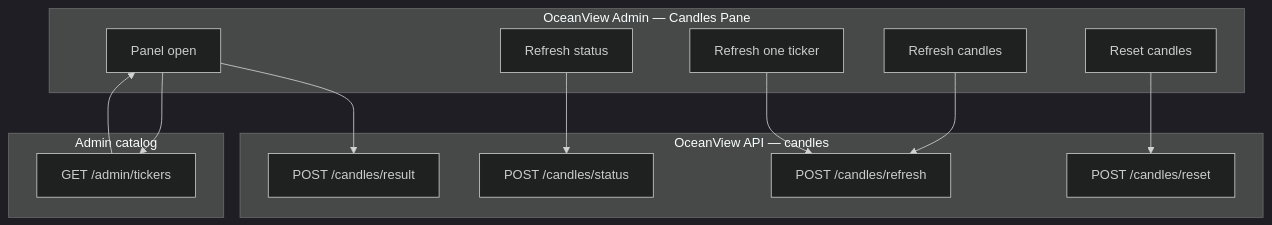
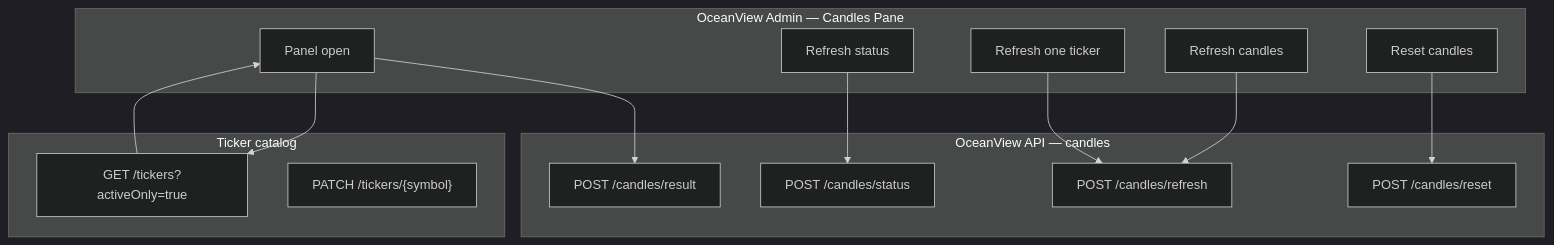
The first of 4 diagrams in docs/candles-pane.md (mlsloynaz/OceanView), drawn with Mermaid (dark theme) before and after one commit. The commit also changed other lines of this file and 12 other files, not shown here.

Commit message:
Tickers admin

````diff
--- a/docs/candles-pane.md
+++ b/docs/candles-pane.md
@@ -45,29 +46,30 @@
 ```mermaid
 flowchart TB
   subgraph UI["OceanView Admin — Candles Pane"]
     Load["Panel open"]
     BtnStatus["Refresh status"]
     BtnRefresh["Refresh candles"]
     BtnReset["Reset candles"]
     BtnRow["Refresh one ticker"]
   end
 
-  subgraph Catalog["Admin catalog"]
-    T["GET /admin/tickers"]
+  subgraph Catalog["Ticker catalog"]
+    T["GET /tickers?activeOnly=true"]
+    P["PATCH /tickers/{symbol}"]
   end
 
   subgraph Candles["OceanView API — candles"]
     R["POST /candles/result"]
     S["POST /candles/status"]
     F["POST /candles/refresh"]
     X["POST /candles/reset"]
   end
 
   Load --> T
   T --> Load
   Load --> R
   BtnStatus --> S
   BtnRefresh --> F
   BtnReset --> X
   BtnRow --> F
 ```
````
